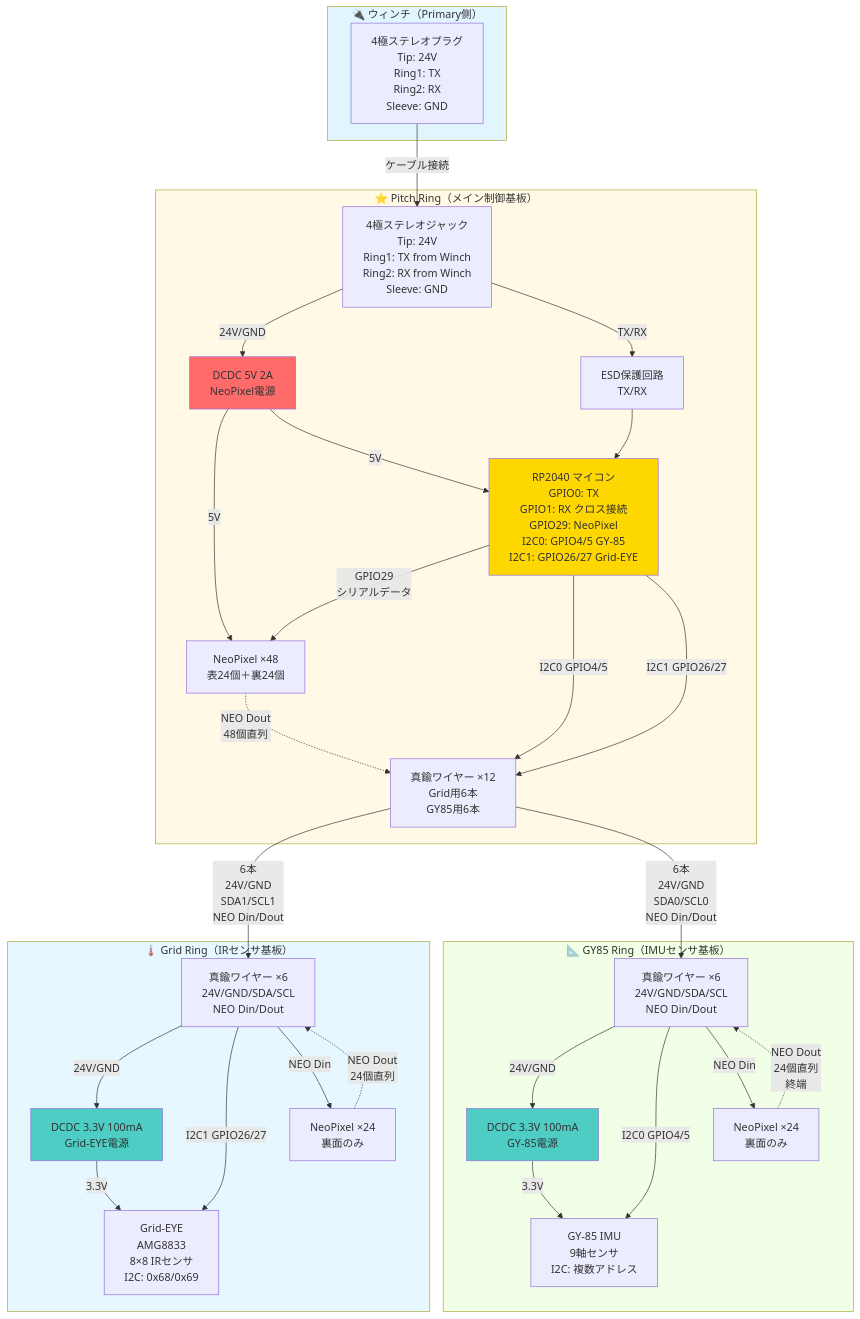
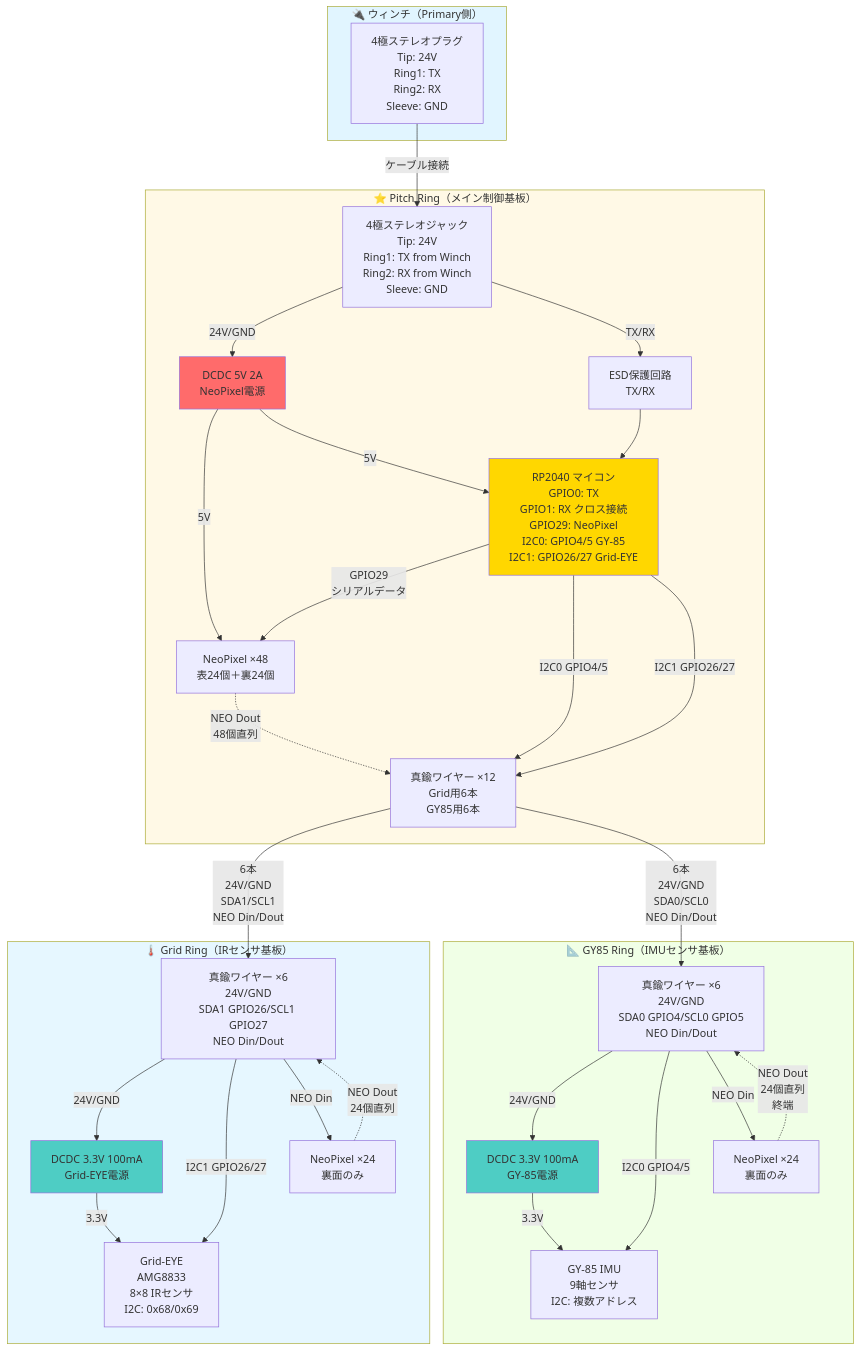
One commit to kyopan/FU-Nagoya changed the diagram in docs/tasks/evaluation-board-design.md. Above: the diagram before and after it, drawn with Mermaid.

Commit message:
docs: add GPIO pin details to wire signal blocks in Mermaid diagram
- Add SDA1 GPIO26/SCL1 GPIO27 to Grid Ring wire block
- Add SDA0 GPIO4/SCL0 GPIO5 to GY85 Ring wire block
- Makes pin assignments visible at a glance in the diagram

🤖 Generated with [Claude Code](https://claude.com/claude-code)

````diff
--- a/docs/tasks/evaluation-board-design.md
+++ b/docs/tasks/evaluation-board-design.md
@@ -89,70 +89,70 @@
 ```mermaid
 graph TB
     subgraph Winch["🔌 ウィンチ（Primary側）"]
         WinchOut[4極ステレオプラグ<br/>Tip: 24V<br/>Ring1: TX<br/>Ring2: RX<br/>Sleeve: GND]
     end
 
     subgraph PitchRing["⭐ Pitch Ring（メイン制御基板）"]
         Jack[4極ステレオジャック<br/>Tip: 24V<br/>Ring1: TX from Winch<br/>Ring2: RX from Winch<br/>Sleeve: GND]
         RP2040[RP2040 マイコン<br/>GPIO0: TX<br/>GPIO1: RX クロス接続<br/>GPIO29: NeoPixel<br/>I2C0: GPIO4/5 GY-85<br/>I2C1: GPIO26/27 Grid-EYE]
         DCDC5V[DCDC 5V 2A<br/>NeoPixel電源]
         NeoPitch[NeoPixel ×48<br/>表24個＋裏24個]
         WirePitch[真鍮ワイヤー ×12<br/>Grid用6本<br/>GY85用6本]
         ESD[ESD保護回路<br/>TX/RX]
     end
 
     subgraph GridRing["🌡️ Grid Ring（IRセンサ基板）"]
-        WireGrid[真鍮ワイヤー ×6<br/>24V/GND/SDA/SCL<br/>NEO Din/Dout]
+        WireGrid[真鍮ワイヤー ×6<br/>24V/GND<br/>SDA1 GPIO26/SCL1 GPIO27<br/>NEO Din/Dout]
         DCDC3V_G[DCDC 3.3V 100mA<br/>Grid-EYE電源]
         GridEye[Grid-EYE<br/>AMG8833<br/>8×8 IRセンサ<br/>I2C: 0x68/0x69]
         NeoGrid[NeoPixel ×24<br/>裏面のみ]
     end
 
     subgraph GY85Ring["📐 GY85 Ring（IMUセンサ基板）"]
-        WireGY[真鍮ワイヤー ×6<br/>24V/GND/SDA/SCL<br/>NEO Din/Dout]
+        WireGY[真鍮ワイヤー ×6<br/>24V/GND<br/>SDA0 GPIO4/SCL0 GPIO5<br/>NEO Din/Dout]
         DCDC3V_GY[DCDC 3.3V 100mA<br/>GY-85電源]
         GY85[GY-85 IMU<br/>9軸センサ<br/>I2C: 複数アドレス]
         NeoGY[NeoPixel ×24<br/>裏面のみ]
     end
 
     %% ウィンチ → Pitch Ring
     WinchOut -->|ケーブル接続| Jack
     Jack -->|24V/GND| DCDC5V
     Jack -->|TX/RX| ESD
     ESD --> RP2040
 
     %% Pitch Ring内部
     DCDC5V -->|5V| NeoPitch
     DCDC5V -->|5V| RP2040
     RP2040 -->|GPIO29<br/>シリアルデータ| NeoPitch
     RP2040 -->|I2C0 GPIO4/5| WirePitch
     RP2040 -->|I2C1 GPIO26/27| WirePitch
 
     %% Pitch Ring → Grid Ring
     WirePitch -->|6本<br/>24V/GND<br/>SDA1/SCL1<br/>NEO Din/Dout| WireGrid
     WireGrid -->|24V/GND| DCDC3V_G
     WireGrid -->|I2C1 GPIO26/27| GridEye
     WireGrid -->|NEO Din| NeoGrid
     DCDC3V_G -->|3.3V| GridEye
 
     %% Pitch Ring → GY85 Ring
     WirePitch -->|6本<br/>24V/GND<br/>SDA0/SCL0<br/>NEO Din/Dout| WireGY
     WireGY -->|24V/GND| DCDC3V_GY
     WireGY -->|I2C0 GPIO4/5| GY85
     WireGY -->|NEO Din| NeoGY
     DCDC3V_GY -->|3.3V| GY85
 
     %% NeoPixelチェーン
     NeoPitch -.->|NEO Dout<br/>48個直列| WirePitch
     NeoGrid -.->|NEO Dout<br/>24個直列| WireGrid
     NeoGY -.->|NEO Dout<br/>24個直列<br/>終端| WireGY
 
     style Winch fill:#e1f5ff
     style PitchRing fill:#fff9e6
     style GridRing fill:#e6f7ff
     style GY85Ring fill:#f0ffe6
     style RP2040 fill:#ffd700
     style DCDC5V fill:#ff6b6b
     style DCDC3V_G fill:#4ecdc4
     style DCDC3V_GY fill:#4ecdc4
 ```
````
